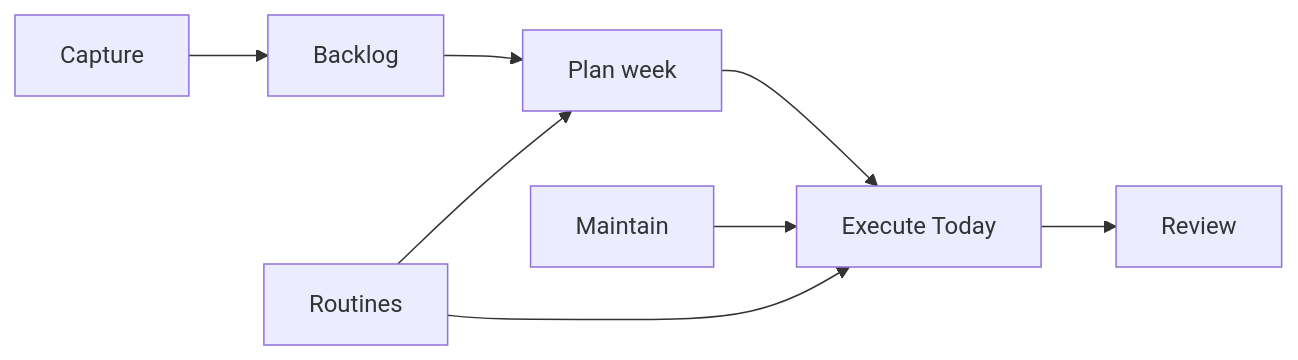
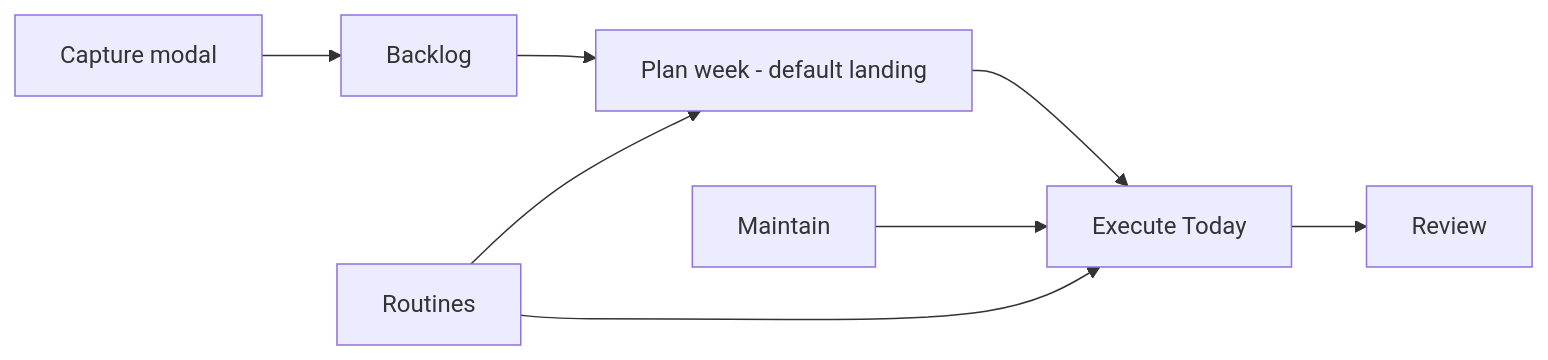
One commit to WUBBBZZZ/planforge changed the diagram in docs/requirements/workflows.md. Above: the diagram before and after it, drawn with Mermaid. The commit also changed other lines of this file and 4 other files, not shown here.

Commit message:
docs: accept Week landing, modal capture, and reminder-first policy defaults

````diff
--- a/docs/requirements/workflows.md
+++ b/docs/requirements/workflows.md
@@ -70,10 +72,10 @@
 ```mermaid
 flowchart LR
-  capture[Capture] --> backlog[Backlog]
-  backlog --> planWeek[Plan week]
+  capture[Capture modal] --> backlog[Backlog]
+  backlog --> planWeek[Plan week - default landing]
   planWeek --> today[Execute Today]
   today --> review[Review]
   maintain[Maintain] --> today
   routines[Routines] --> planWeek
   routines --> today
 ```
````
